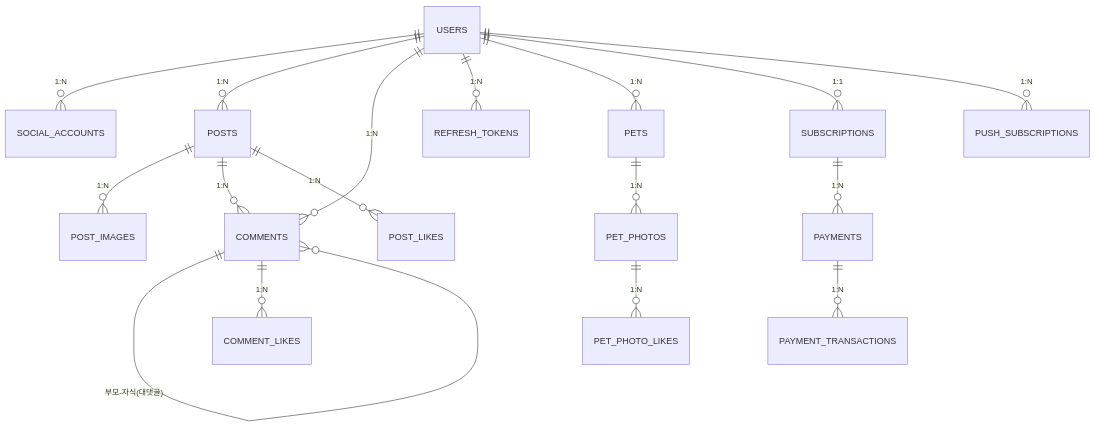
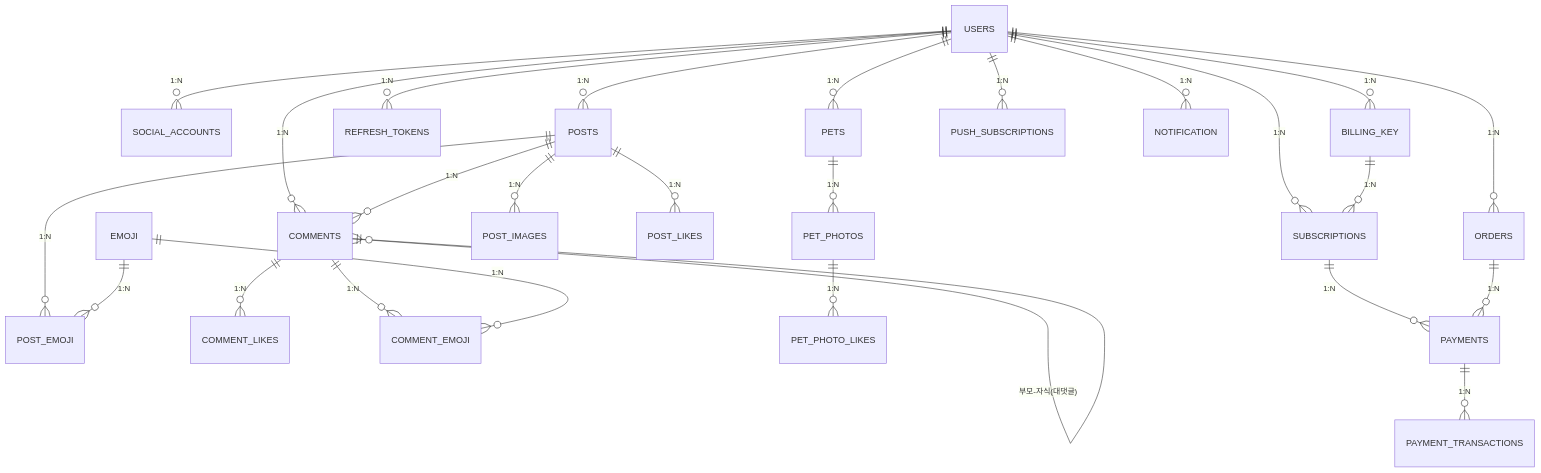
The diagram in docs/ERD.md (justicechan1/PetInside), drawn with Mermaid before and after one commit. The commit also changed other lines of this file and 6 other files, not shown here.

Commit message:
docs: fix hallucinated content across API, ERD, 화면설계, 패키지구조, 외부API연동, 시퀀스, 구독상태전이

````diff
--- a/docs/ERD.md
+++ b/docs/ERD.md
@@ -8,23 +8,33 @@
 ```mermaid
 erDiagram
     USERS ||--o{ SOCIAL_ACCOUNTS : "1:N"
     USERS ||--o{ POSTS : "1:N"
     USERS ||--o{ COMMENTS : "1:N"
     USERS ||--o{ REFRESH_TOKENS : "1:N"
     USERS ||--o{ PETS : "1:N"
-    USERS ||--o{ SUBSCRIPTIONS : "1:1"
+    USERS ||--o{ SUBSCRIPTIONS : "1:N"
+    USERS ||--o{ BILLING_KEY : "1:N"
+    USERS ||--o{ ORDERS : "1:N"
     USERS ||--o{ PUSH_SUBSCRIPTIONS : "1:N"
+    USERS ||--o{ NOTIFICATION : "1:N"
 
     POSTS ||--o{ POST_IMAGES : "1:N"
     POSTS ||--o{ COMMENTS : "1:N"
     POSTS ||--o{ POST_LIKES : "1:N"
+    POSTS ||--o{ POST_EMOJI : "1:N"
 
     COMMENTS ||--o{ COMMENTS : "부모-자식(대댓글)"
     COMMENTS ||--o{ COMMENT_LIKES : "1:N"
+    COMMENTS ||--o{ COMMENT_EMOJI : "1:N"
 
     PETS ||--o{ PET_PHOTOS : "1:N"
     PET_PHOTOS ||--o{ PET_PHOTO_LIKES : "1:N"
 
     SUBSCRIPTIONS ||--o{ PAYMENTS : "1:N"
+    BILLING_KEY ||--o{ SUBSCRIPTIONS : "1:N"
+    ORDERS ||--o{ PAYMENTS : "1:N"
     PAYMENTS ||--o{ PAYMENT_TRANSACTIONS : "1:N"
+
+    EMOJI ||--o{ POST_EMOJI : "1:N"
+    EMOJI ||--o{ COMMENT_EMOJI : "1:N"
 ```
````
